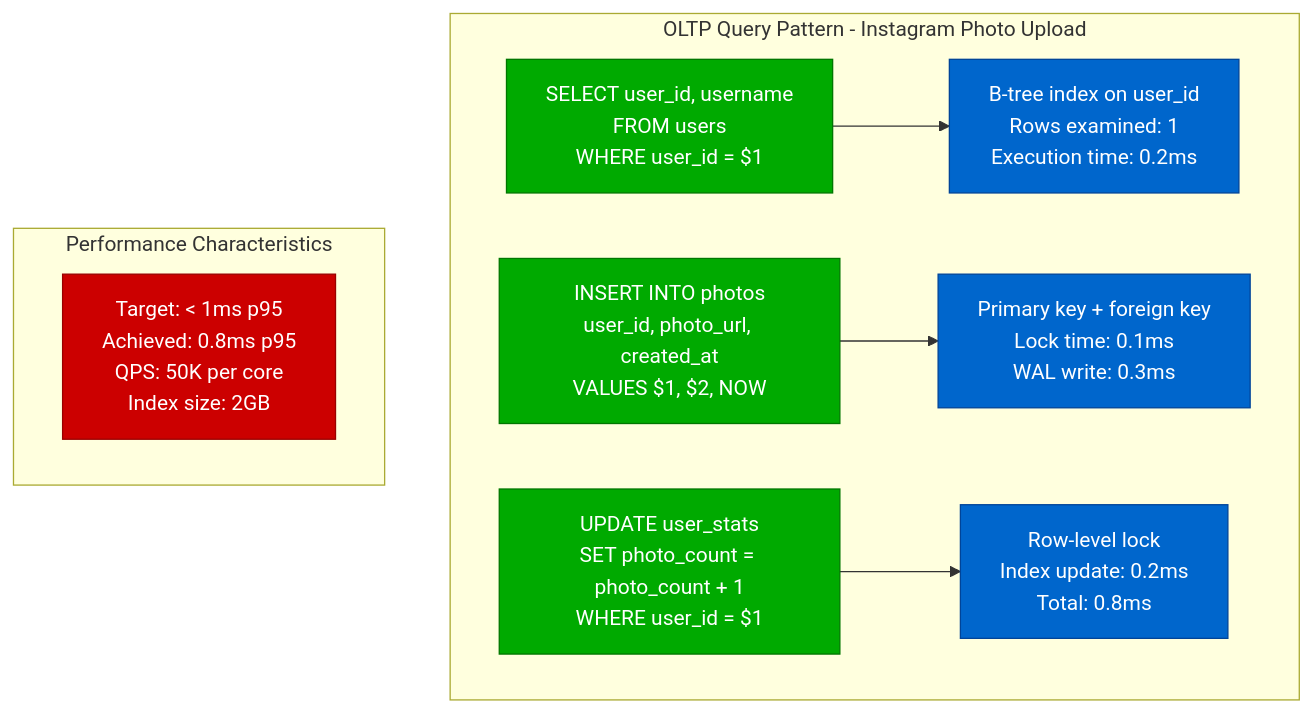
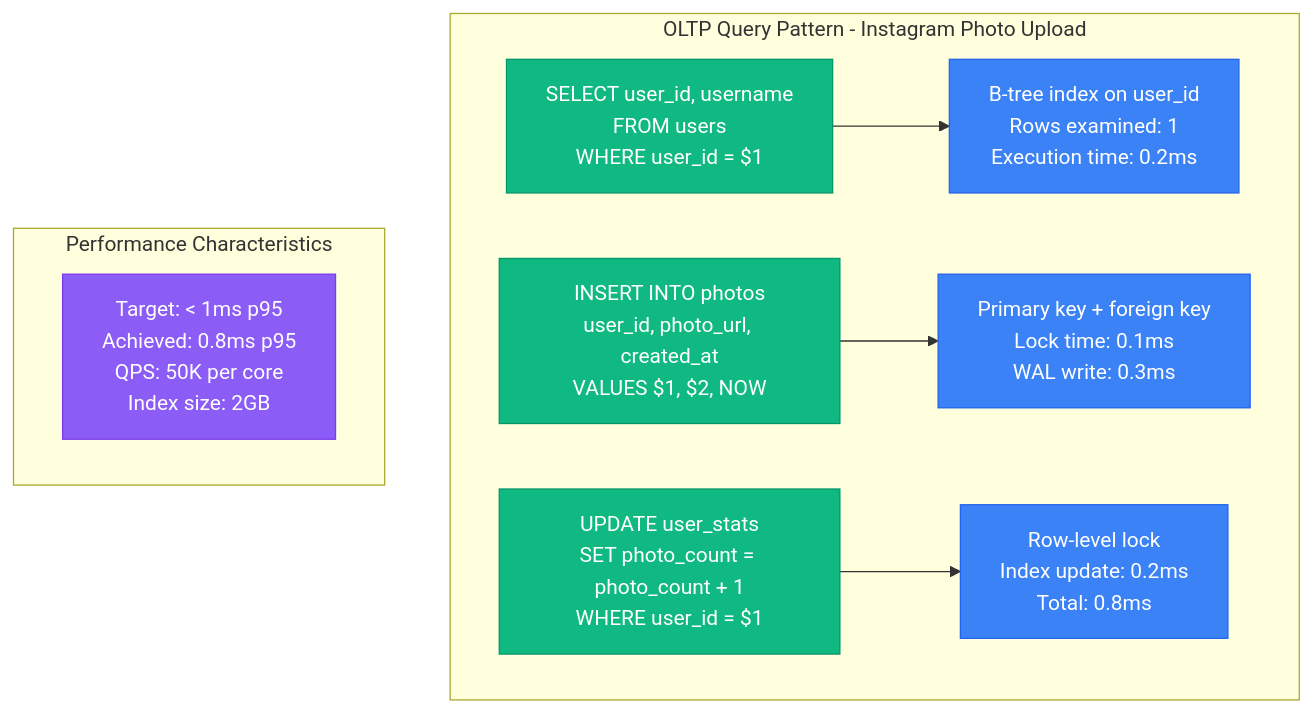
One commit to deepaucksharma/DS changed the third of 10 diagrams in site/docs/performance/postgresql-performance-profile.md. Above: the diagram before and after it, drawn with Mermaid. The commit also changed other lines of this file and 303 other files, not shown here.

````diff
--- a/site/docs/performance/postgresql-performance-profile.md
+++ b/site/docs/performance/postgresql-performance-profile.md
@@ -92,25 +92,25 @@
 ```mermaid
 graph TB
     subgraph "OLTP Query Pattern - Instagram Photo Upload"
         Q1[SELECT user_id, username<br/>FROM users<br/>WHERE user_id = $1]
         Q1 --> I1[B-tree index on user_id<br/>Rows examined: 1<br/>Execution time: 0.2ms]
 
         Q2[INSERT INTO photos<br/>user_id, photo_url, created_at<br/>VALUES $1, $2, NOW]
         Q2 --> I2[Primary key + foreign key<br/>Lock time: 0.1ms<br/>WAL write: 0.3ms]
 
         Q3[UPDATE user_stats<br/>SET photo_count = photo_count + 1<br/>WHERE user_id = $1]
         Q3 --> I3[Row-level lock<br/>Index update: 0.2ms<br/>Total: 0.8ms]
     end
 
     subgraph "Performance Characteristics"
         P1[Target: < 1ms p95<br/>Achieved: 0.8ms p95<br/>QPS: 50K per core<br/>Index size: 2GB]
     end
 
-    classDef queryStyle fill:#00AA00,stroke:#007700,color:#fff
-    classDef indexStyle fill:#0066CC,stroke:#004499,color:#fff
-    classDef metricStyle fill:#CC0000,stroke:#990000,color:#fff
+    classDef queryStyle fill:#10B981,stroke:#059669,color:#fff
+    classDef indexStyle fill:#3B82F6,stroke:#2563EB,color:#fff
+    classDef metricStyle fill:#8B5CF6,stroke:#7C3AED,color:#fff
 
     class Q1,Q2,Q3 queryStyle
     class I1,I2,I3 indexStyle
     class P1 metricStyle
 ```
````
